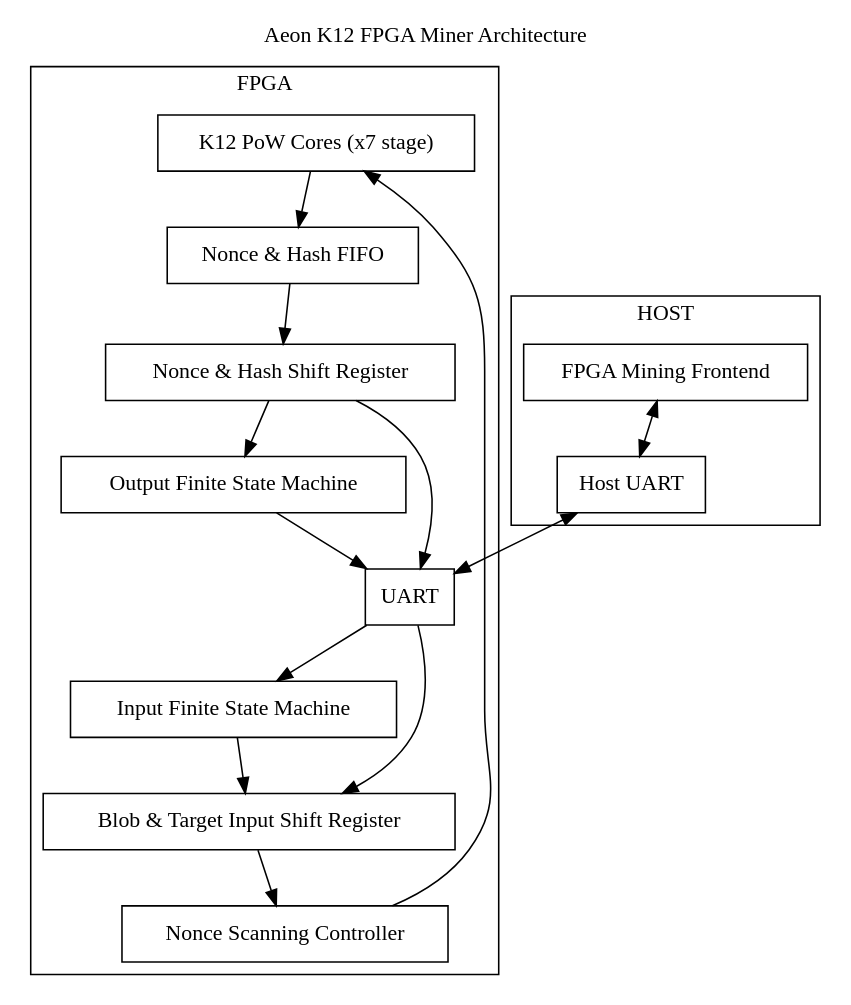
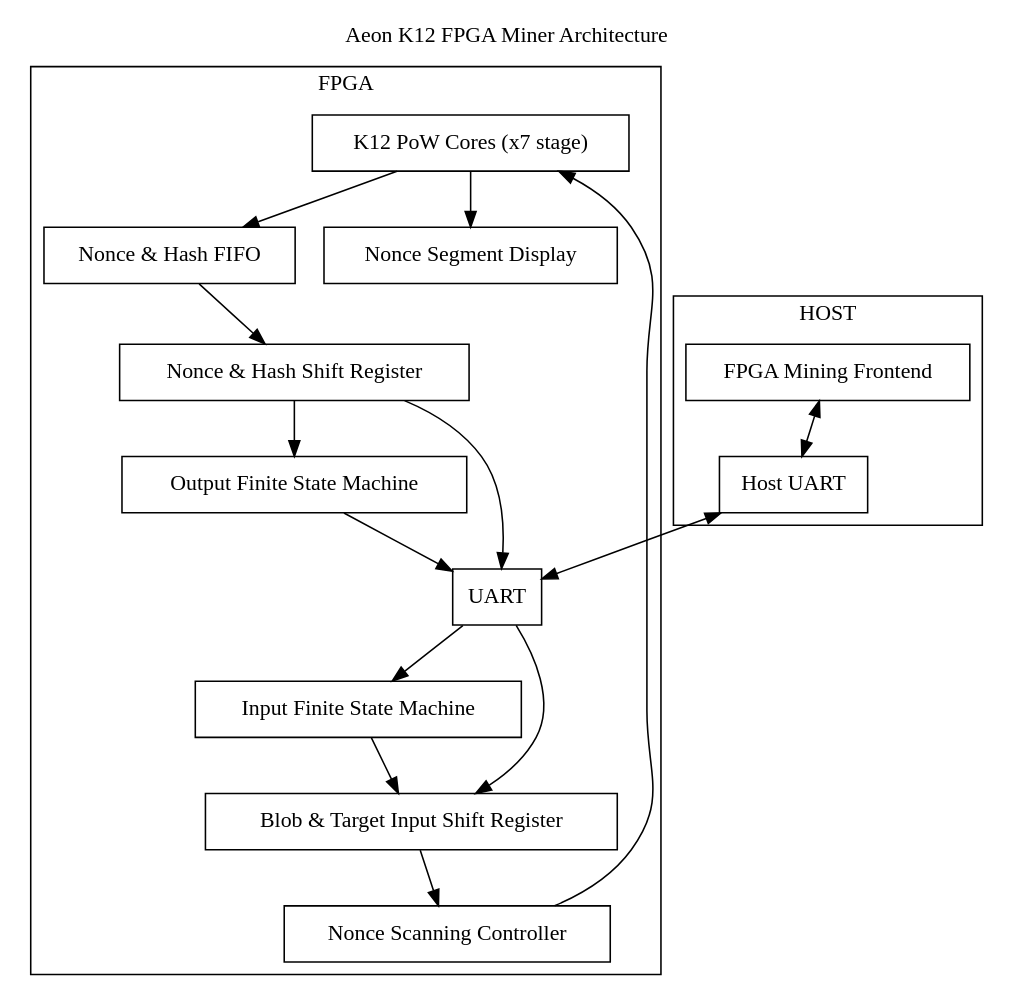
One commit to NeoChen1024/Aeon-K12-FPGA-Miner changed the diagram in arch.dot. Above: the diagram before and after it, drawn with Graphviz. The commit also changed 1 other file, not shown here.

```diff
--- a/arch.dot
+++ b/arch.dot
@@ -1,39 +1,41 @@
 digraph "Aeon K12 FPGA Miner Architecture"
 {
 	labelloc="t";
 	label="Aeon K12 FPGA Miner Architecture";
 	rankdir=TD
 	node [shape=box]
 	pow [label="K12 PoW Cores (x7 stage)"]
 	nsc [label="Nonce Scanning Controller"]
 	ifsm [label="Input Finite State Machine"]
 	ofsm [label="Output Finite State Machine"]
 	uart [label="UART"]
 	fifo [label="Nonce & Hash FIFO"]
 	bisr [label="Blob & Target Input Shift Register"]
 	nhsr [label="Nonce & Hash Shift Register"]
+	disp [label="Nonce Segment Display"]
 
 	frontend [label="FPGA Mining Frontend"]
 	host_uart [label="Host UART"]
 
 	subgraph cluster_fpga {
 		label = "FPGA";
 
 		uart -> ifsm
 		ofsm -> uart
 		ifsm -> bisr
 		uart -> bisr
 		bisr -> nsc
 		nsc -> pow
 		pow -> fifo
+		pow -> disp
 		fifo -> nhsr
 		nhsr -> ofsm
 		nhsr -> uart
 	}
 	subgraph cluster_host {
 		label = "HOST";
 
 		frontend -> host_uart [dir=both]
 		host_uart -> uart [dir=both]
 	}
 }
```
